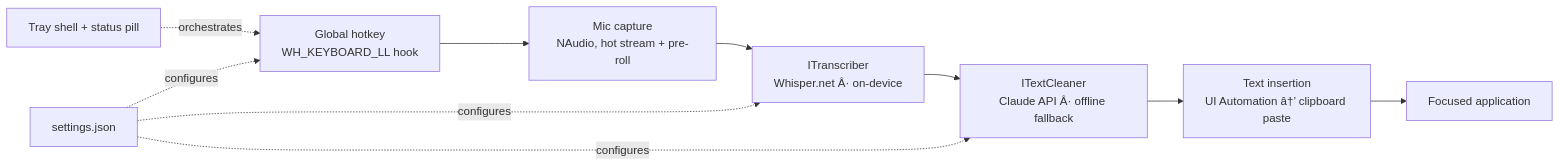
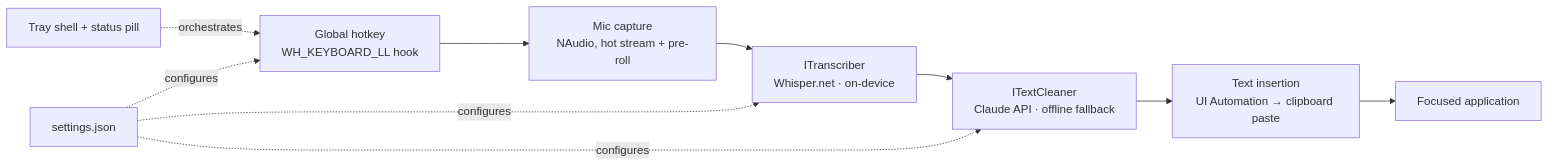
Before and after one commit to noloopocd-eng/flowdictate: the diagram in README.md, drawn with Mermaid. The commit also changed other lines of this file and 3 other files, not shown here.

````diff
--- a/README.md
+++ b/README.md
@@ -37,11 +37,11 @@
 ```mermaid
 flowchart LR
     HK[Global hotkey<br/>WH_KEYBOARD_LL hook] --> REC[Mic capture<br/>NAudio, hot stream + pre-roll]
-    REC --> TR[ITranscriber<br/>Whisper.net Â· on-device]
-    TR --> CL[ITextCleaner<br/>Claude API Â· offline fallback]
-    CL --> INS[Text insertion<br/>UI Automation â†’ clipboard paste]
+    REC --> TR[ITranscriber<br/>Whisper.net · on-device]
+    TR --> CL[ITextCleaner<br/>Claude API · offline fallback]
+    CL --> INS[Text insertion<br/>UI Automation → clipboard paste]
     INS --> APP[Focused application]
 
     TRAY[Tray shell + status pill] -.orchestrates.-> HK
     SET[settings.json] -.configures.-> TR & CL & HK
 ```
````
